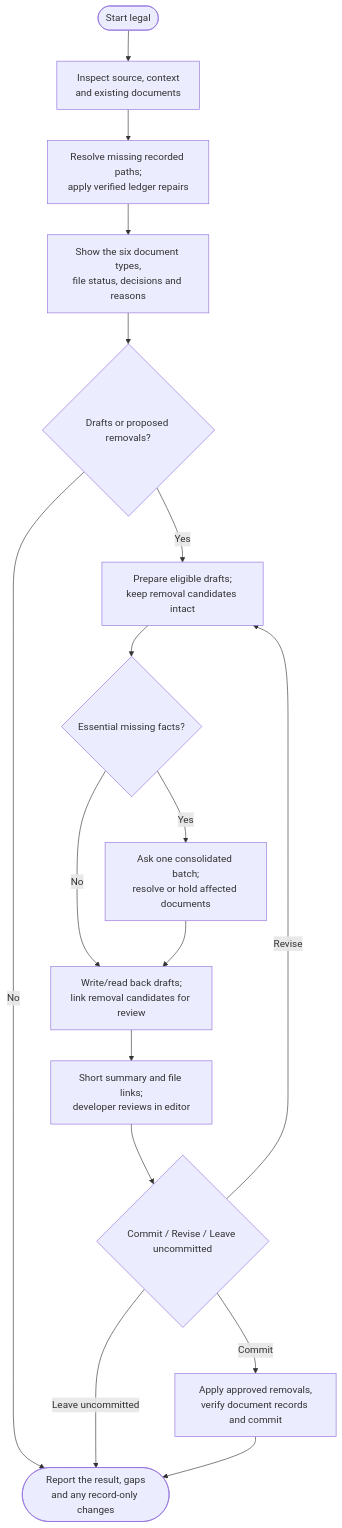
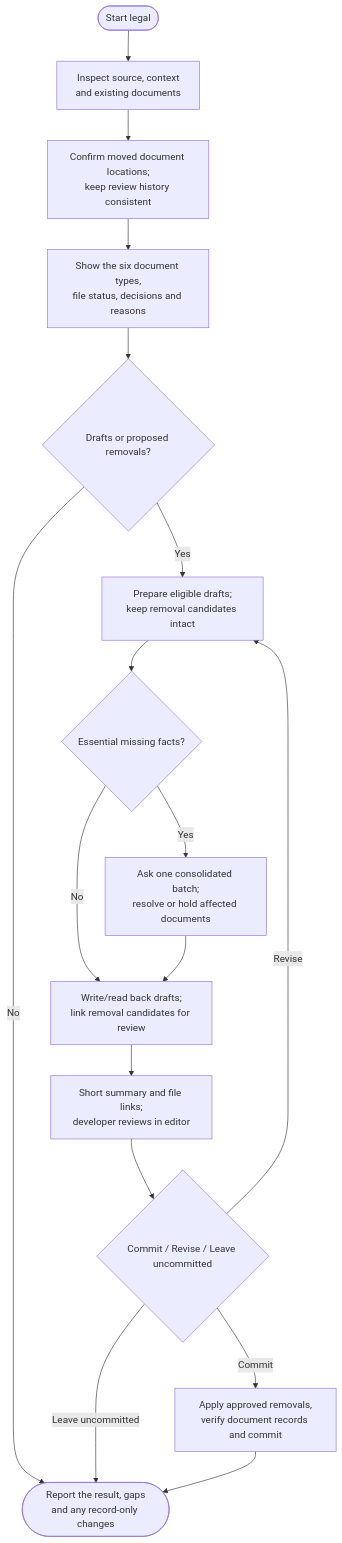
Before and after one commit to myowinthein/agent-helm: the diagram in docs/commands/legal/detailed.md, drawn with Mermaid. The commit also changed other lines of this file and 25 other files, not shown here.

````diff
--- a/docs/commands/legal/detailed.md
+++ b/docs/commands/legal/detailed.md
@@ -21,19 +22,19 @@
 ```mermaid
 flowchart TD
   Start(["Start legal"]) --> Inspect["Inspect source, context<br/>and existing documents"]
-  Inspect --> Reconcile["Resolve missing recorded paths;<br/>apply verified ledger repairs"]
+  Inspect --> Reconcile["Confirm moved document locations;<br/>keep review history consistent"]
   Reconcile --> Table["Show the six document types,<br/>file status, decisions and reasons"]
   Table --> Needed{"Drafts or proposed removals?"}
   Needed -->|No| End(["Report the result, gaps<br/>and any record-only changes"])
   Needed -->|Yes| Draft["Prepare eligible drafts;<br/>keep removal candidates intact"]
   Draft --> Facts{"Essential missing facts?"}
   Facts -->|Yes| Ask["Ask one consolidated batch;<br/>resolve or hold affected documents"]
   Facts -->|No| Files["Write/read back drafts;<br/>link removal candidates for review"]
   Ask --> Files
   Files --> Review["Short summary and file links;<br/>developer reviews in editor"]
   Review --> Approval{"Commit / Revise / Leave uncommitted"}
   Approval -->|Revise| Draft
   Approval -->|Leave uncommitted| End
   Approval -->|Commit| Save["Apply approved removals,<br/>verify document records and commit"]
   Save --> End
 ```
````
